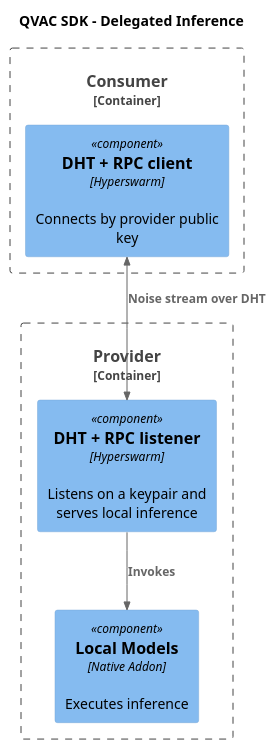
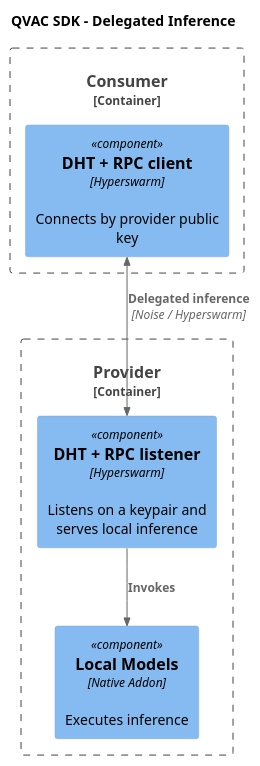
One commit to tetherto/qvac changed the diagram in docs/architecture/puml/09-delegated-inference.puml. Above: the diagram before and after it, drawn with PlantUML. The commit also changed 10 other files, not shown here.

```diff
--- a/docs/architecture/puml/09-delegated-inference.puml
+++ b/docs/architecture/puml/09-delegated-inference.puml
@@ -1,18 +1,18 @@
 @startuml
 !include <C4/C4_Component>
 
 title QVAC SDK - Delegated Inference
 
 Container_Boundary(provider, "Provider") {
     Component(listener, "DHT + RPC listener", "Hyperswarm", "Listens on a keypair and serves local inference")
     Component(local_model, "Local Models", "Native Addon", "Executes inference")
 }
 
 Container_Boundary(consumer, "Consumer") {
     Component(dialer, "DHT + RPC client", "Hyperswarm", "Connects by provider public key")
 }
 
 Rel(listener, local_model, "Invokes")
-BiRel(dialer, listener, "Noise stream over DHT")
+BiRel(dialer, listener, "Delegated inference", "Noise / Hyperswarm")
 
 @enduml
```
